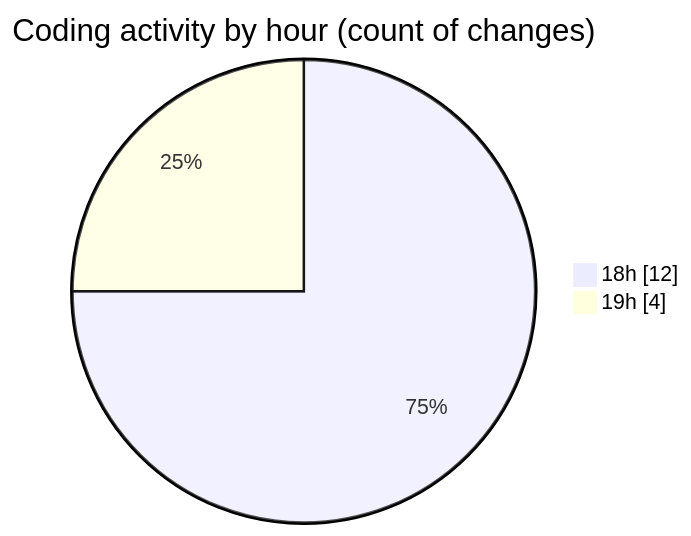
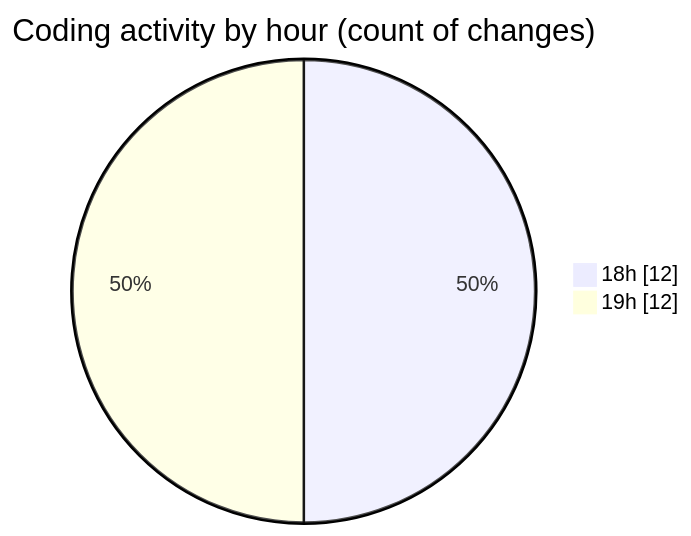
Before and after one commit to Elitesun/code-tracking: the second of 2 diagrams in 2025-05-15/laala_boost/README.md, drawn with Mermaid. The commit also changed other lines of this file and 1 other file, not shown here.

````diff
--- a/2025-05-15/laala_boost/README.md
+++ b/2025-05-15/laala_boost/README.md
@@ -34,6 +37,6 @@
 ```mermaid
 pie showData
 title Coding activity by hour (count of changes)
 "18h" : 12
-"19h" : 4
+"19h" : 12
 ```
````
